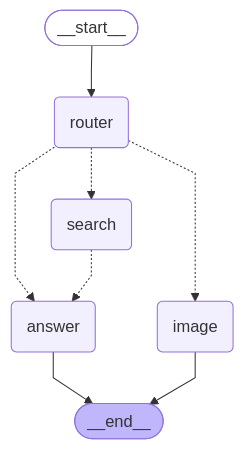
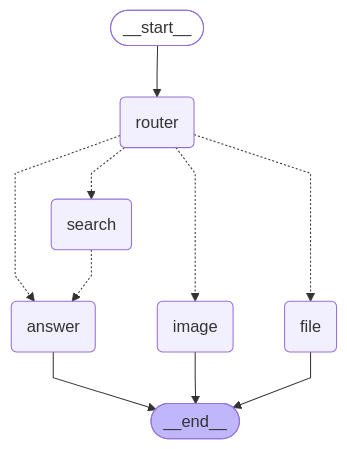
Before and after one commit to zaku1122/custom-agent-langgraph: the diagram in backend/graph-visualization.md, drawn with Mermaid. The commit also changed other lines of this file, not shown here.

Commit message:
Update graph visualization with file agent

````diff
--- a/backend/graph-visualization.md
+++ b/backend/graph-visualization.md
@@ -5,21 +5,24 @@
 ```mermaid
 %%{init: {'flowchart': {'curve': 'linear'}}}%%
 graph TD;
 	__start__([<p>__start__</p>]):::first
 	router(router)
 	search(search)
 	answer(answer)
 	image(image)
+	file(file)
 	__end__([<p>__end__</p>]):::last
 	__start__ --> router;
 	answer --> __end__;
 	image --> __end__;
+	file --> __end__;
 	router -.-> search;
 	router -.-> answer;
 	router -.-> image;
+	router -.-> file;
 	search -.-> answer;
 	classDef default fill:#f2f0ff,line-height:1.2;
 	classDef first fill-opacity:0;
 	classDef last fill:#bfb6fc;
 
 ```
````
